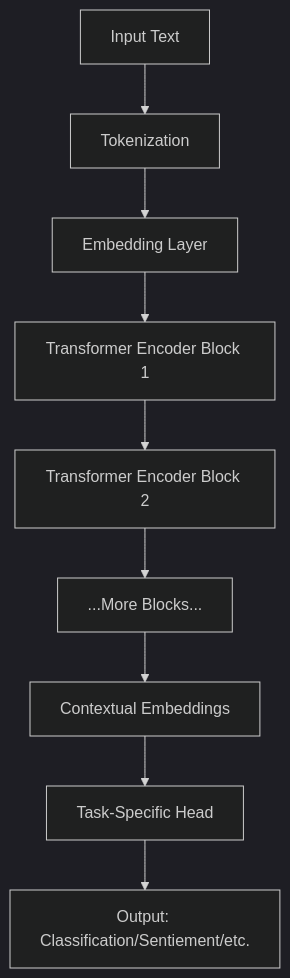
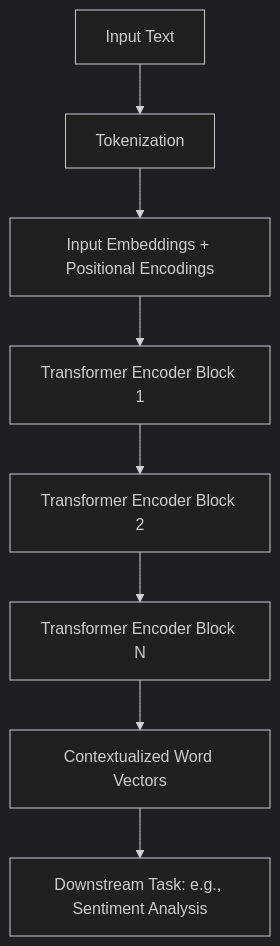
The diagram in textbook/part1/chapter1/section1.md (MyCookie/cs601), drawn with Mermaid (dark theme) before and after one commit. The commit also changed other lines of this file, not shown here.

Commit message:
Add Part I, Chapter 1, Section 1: Encoder-only Models (BERT)

````diff
--- a/textbook/part1/chapter1/section1.md
+++ b/textbook/part1/chapter1/section1.md
@@ -33,11 +37,10 @@
 ```mermaid
 graph TD
     A[Input Text] --> B[Tokenization]
-    B --> C[Embedding Layer]
+    B --> C[Input Embeddings + Positional Encodings]
     C --> D[Transformer Encoder Block 1]
     D --> E[Transformer Encoder Block 2]
-    E --> F[...More Blocks...]
-    F --> G[Contextual Embeddings]
-    G --> H[Task-Specific Head]
-    H --> I[Output: Classification/Sentiement/etc.]
+    E --> F[Transformer Encoder Block N]
+    F --> G[Contextualized Word Vectors]
+    G --> H[Downstream Task: e.g., Sentiment Analysis]
 ```
````
